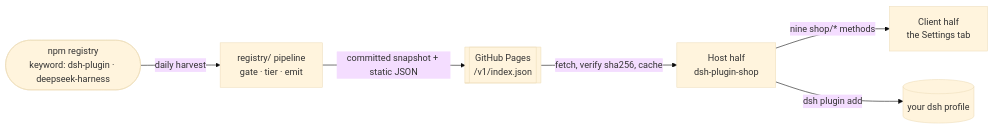
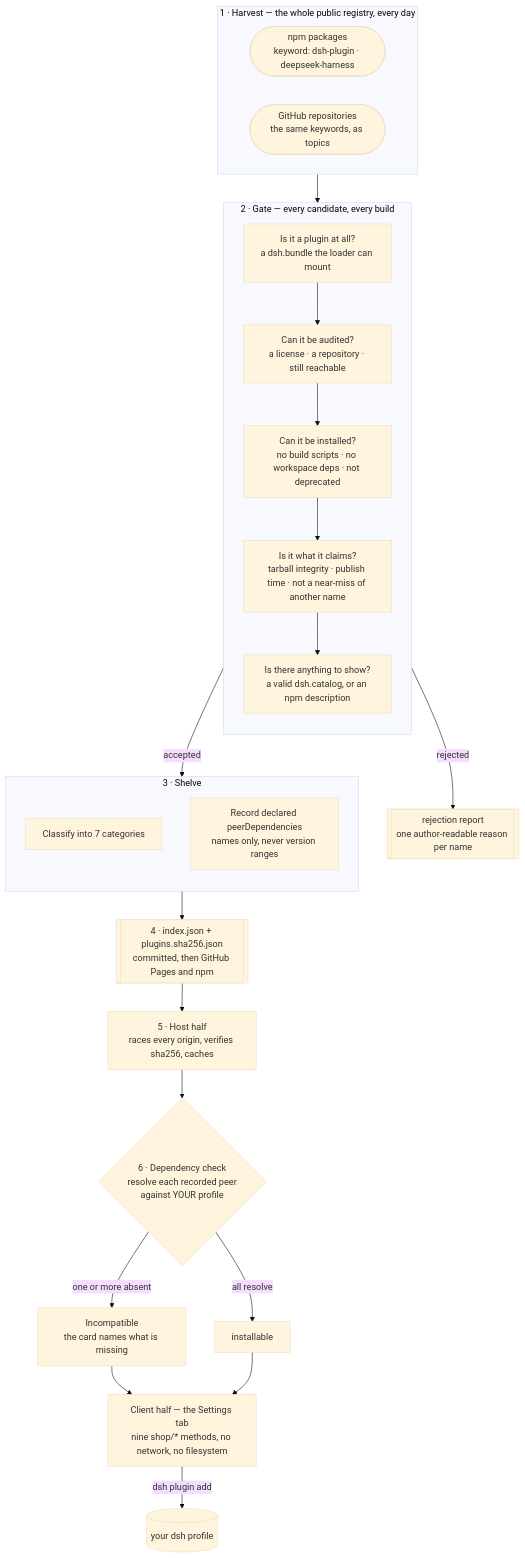
One commit to LivXue/dsh-plugin-shop changed the diagram in README.md. Above: the diagram before and after it, drawn with Mermaid (base theme). The commit also changed other lines of this file and 3 other files, not shown here.

````diff
--- a/README.md
+++ b/README.md
@@ -40,8 +50,36 @@
 ```mermaid
-flowchart LR
-  npm(["npm registry<br/>keyword: dsh-plugin · deepseek-harness"]) -->|daily harvest| build["registry/ pipeline<br/>gate · tier · emit"]
-  build -->|committed snapshot + static JSON| pages[["GitHub Pages<br/>/v1/index.json"]]
-  pages -->|fetch, verify sha256, cache| host["Host half<br/>dsh-plugin-shop"]
-  host -->|nine shop/* methods| client["Client half<br/>the Settings tab"]
-  host -->|dsh plugin add| profile[("your dsh profile")]
+flowchart TB
+  subgraph HARVEST["1 · Harvest — the whole public registry, every day"]
+    direction LR
+    NPM(["npm packages<br/>keyword: dsh-plugin · deepseek-harness"])
+    GH(["GitHub repositories<br/>the same keywords, as topics"])
+  end
+
+  subgraph GATE["2 · Gate — every candidate, every build"]
+    direction TB
+    G1["Is it a plugin at all?<br/>a dsh.bundle the loader can mount"]
+    G2["Can it be audited?<br/>a license · a repository · still reachable"]
+    G3["Can it be installed?<br/>no build scripts · no workspace deps · not deprecated"]
+    G4["Is it what it claims?<br/>tarball integrity · publish time · not a near-miss of another name"]
+    G5["Is there anything to show?<br/>a valid dsh.catalog, or an npm description"]
+    G1 --> G2 --> G3 --> G4 --> G5
+  end
+
+  subgraph SHELVE["3 · Shelve"]
+    direction TB
+    CAT["Classify into 7 categories"]
+    PEER["Record declared peerDependencies<br/>names only, never version ranges"]
+  end
+
+  HARVEST --> GATE
+  GATE -->|"rejected"| REJ[["rejection report<br/>one author-readable reason per name"]]
+  GATE -->|"accepted"| SHELVE
+  SHELVE --> PUB[["4 · index.json + plugins.sha256.json<br/>committed, then GitHub Pages and npm"]]
+  PUB --> HOST["5 · Host half<br/>races every origin, verifies sha256, caches"]
+  HOST --> DEP{"6 · Dependency check<br/>resolve each recorded peer<br/>against YOUR profile"}
+  DEP -->|"one or more absent"| BAD["Incompatible<br/>the card names what is missing"]
+  DEP -->|"all resolve"| GOOD["installable"]
+  BAD --> CLIENT["Client half — the Settings tab<br/>nine shop/* methods, no network, no filesystem"]
+  GOOD --> CLIENT
+  CLIENT -->|"dsh plugin add"| PROF[("your dsh profile")]
 ```
````
